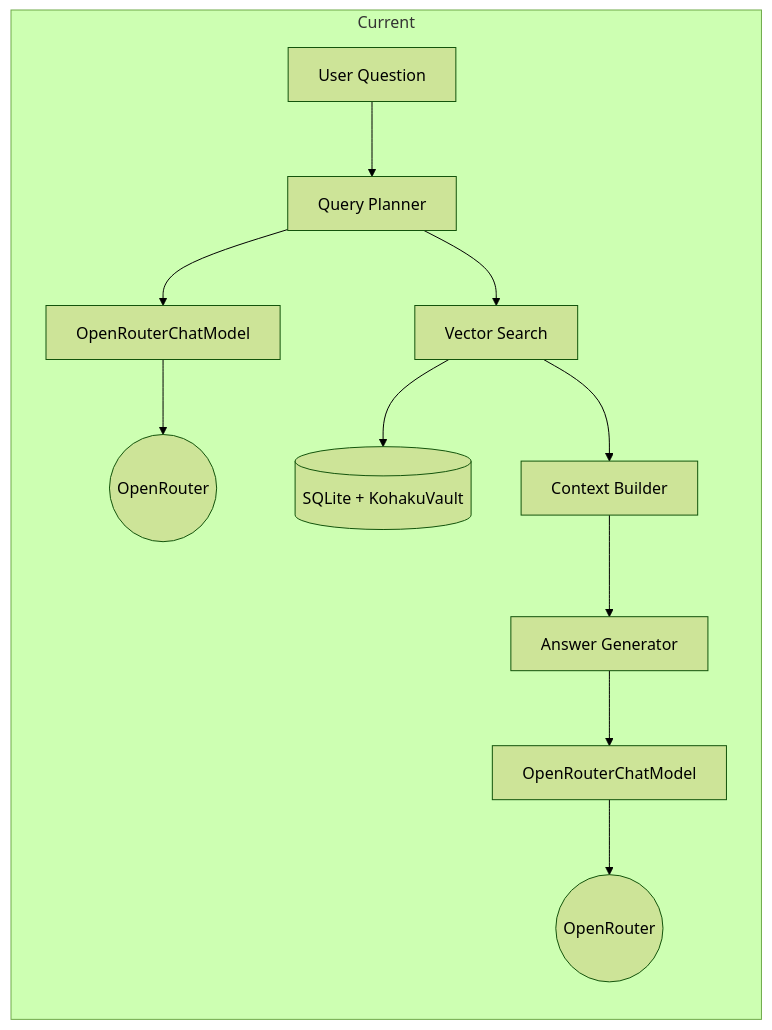
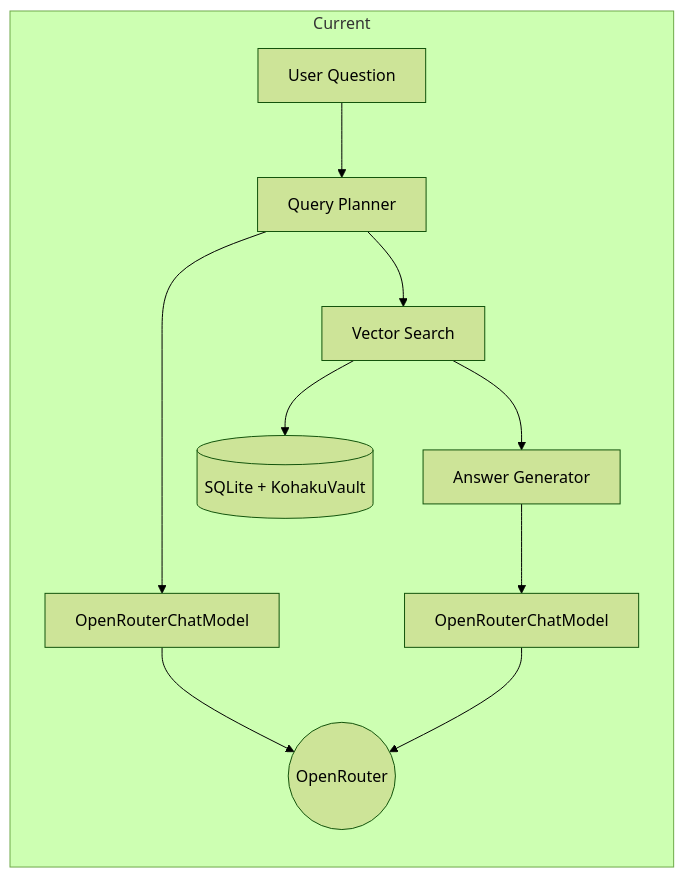
Before and after one commit to qualiaMachine/KohakuRAG_UI: the first of 2 diagrams in docs/bedrock-integration-proposal.md, drawn with Mermaid (forest theme). The commit also changed other lines of this file and 2 other files, not shown here.

````diff
--- a/docs/bedrock-integration-proposal.md
+++ b/docs/bedrock-integration-proposal.md
@@ -58,14 +65,13 @@
 ```mermaid
 flowchart LR
     subgraph Current
         Q[User Question] --> Planner[Query Planner]
         Planner --> LLM1[OpenRouterChatModel]
-        LLM1 --> OR1((OpenRouter))
+        LLM1 --> OR((OpenRouter))
         Planner --> Retrieval[Vector Search]
         Retrieval --> Store[(SQLite + KohakuVault)]
-        Retrieval --> Context[Context Builder]
-        Context --> Answer[Answer Generator]
+        Retrieval --> Answer[Answer Generator]
         Answer --> LLM2[OpenRouterChatModel]
-        LLM2 --> OR2((OpenRouter))
+        LLM2 --> OR
     end
 ```
````
